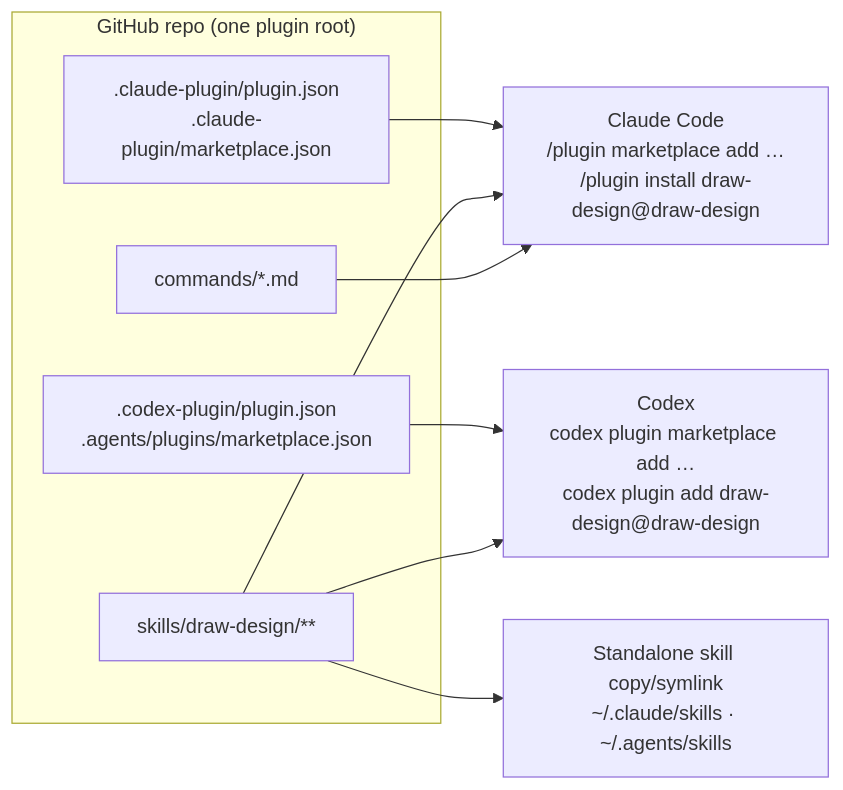
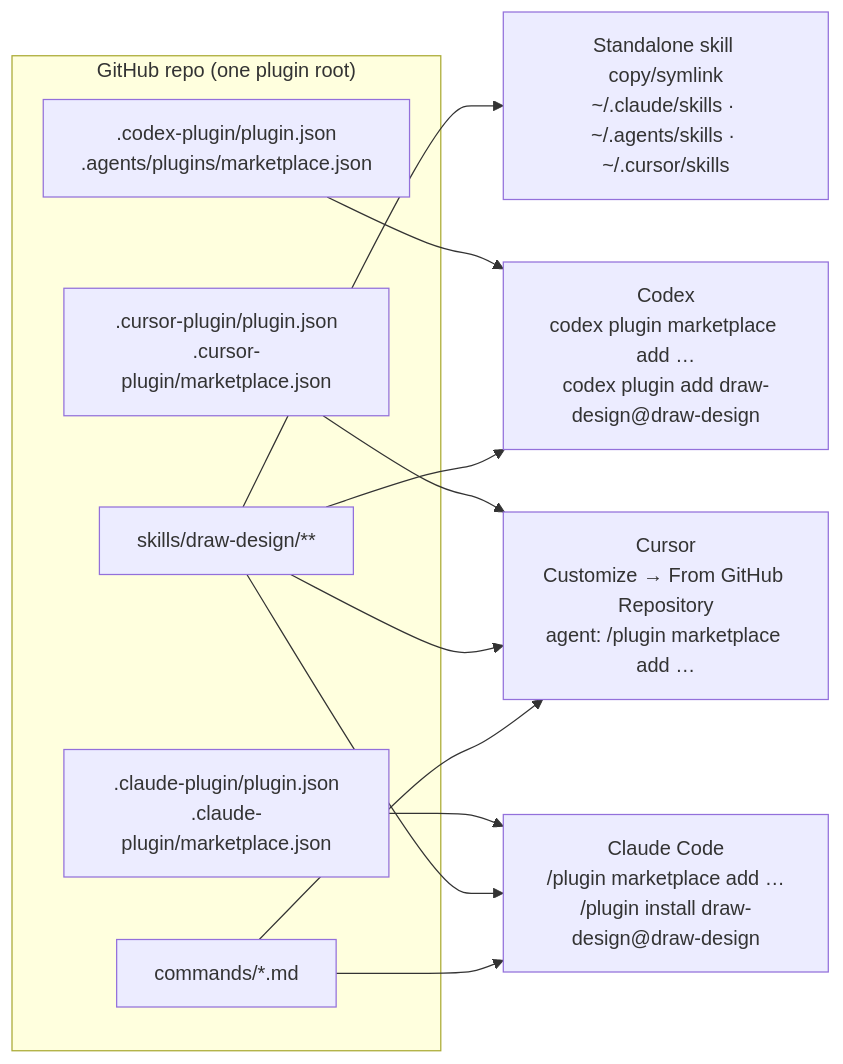
One commit to george4data/draw-design changed the eighth of 25 diagrams in docs/prd.md. Above: the diagram before and after it, drawn with Mermaid. The commit also changed other lines of this file and 10 other files, not shown here.

First line of the commit message:
feat: Cursor plugin and skill support

````diff
--- a/docs/prd.md
+++ b/docs/prd.md
@@ -602,15 +602,19 @@
 ```mermaid
 flowchart LR
     subgraph Repo["GitHub repo (one plugin root)"]
         CP[".claude-plugin/plugin.json<br/>.claude-plugin/marketplace.json"]
         XP[".codex-plugin/plugin.json<br/>.agents/plugins/marketplace.json"]
+        UP[".cursor-plugin/plugin.json<br/>.cursor-plugin/marketplace.json"]
         SK["skills/draw-design/**"]
         CM["commands/*.md"]
     end
     CP --> CC["Claude Code<br/>/plugin marketplace add …<br/>/plugin install draw-design@draw-design"]
     XP --> CX["Codex<br/>codex plugin marketplace add …<br/>codex plugin add draw-design@draw-design"]
+    UP --> CU["Cursor<br/>Customize → From GitHub Repository<br/>agent: /plugin marketplace add …"]
     SK --> CC
     SK --> CX
+    SK --> CU
     CM --> CC
-    SK --> SA["Standalone skill copy/symlink<br/>~/.claude/skills · ~/.agents/skills"]
+    CM --> CU
+    SK --> SA["Standalone skill copy/symlink<br/>~/.claude/skills · ~/.agents/skills · ~/.cursor/skills"]
 ```
````
